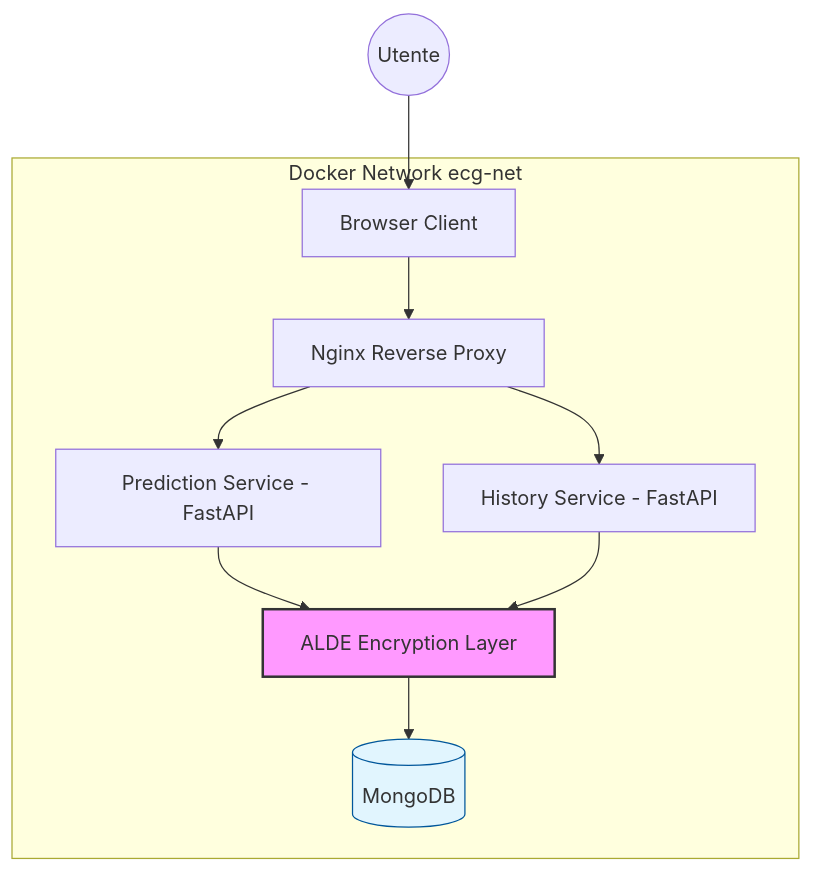
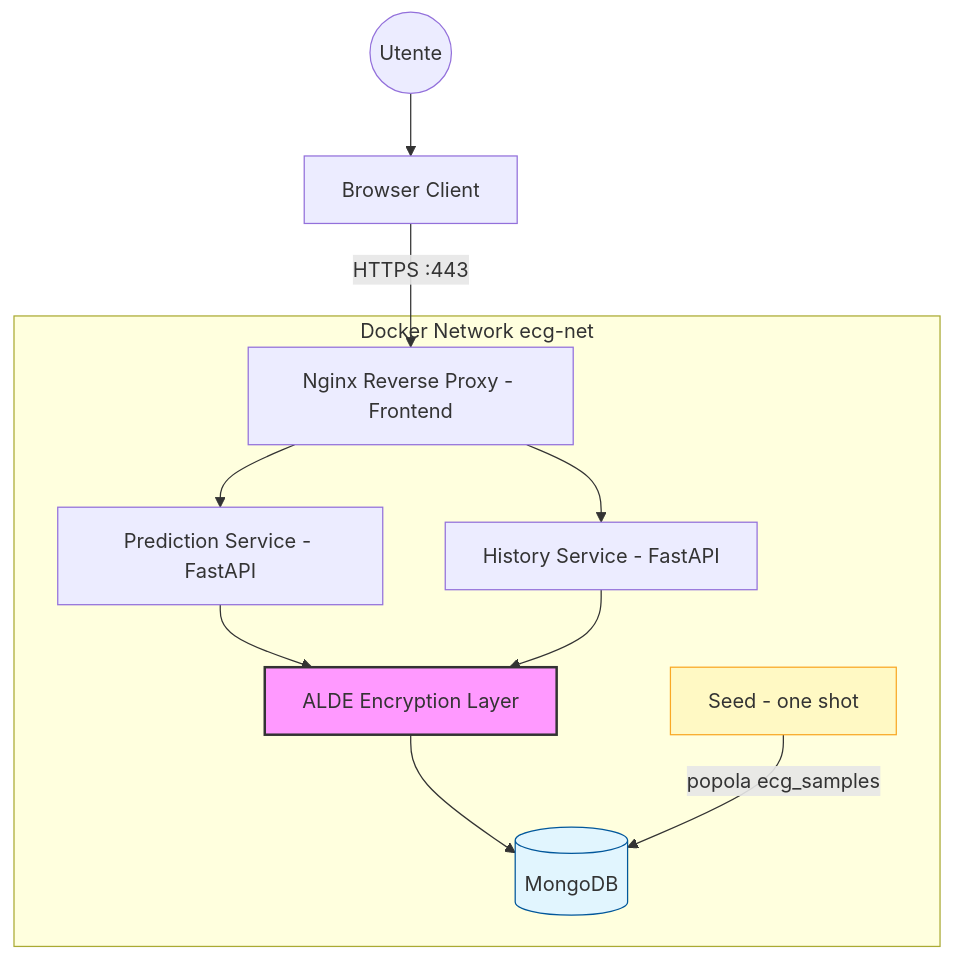
The diagram in README.md (SoniaSergio/EvSw_Project), drawn with Mermaid before and after one commit. The commit also changed other lines of this file and 7 other files, not shown here.

````diff
--- a/README.md
+++ b/README.md
@@ -81,18 +81,21 @@
 ```mermaid
 graph TD
     User((Utente)) --> Browser[Browser Client]
-    
+    Browser -->|HTTPS :443| Nginx
+
     subgraph "Docker Network ecg-net"
-        Browser --> Nginx[Nginx Reverse Proxy]
+        Nginx[Nginx Reverse Proxy - Frontend]
         Nginx --> Pred[Prediction Service - FastAPI]
         Nginx --> Hist[History Service - FastAPI]
         
-        Pred --> Security[ALDE Encryption Layer]
-        Security --> Mongo[(MongoDB)]
-        Hist --> Security
+        Pred --> ALDE[ALDE Encryption Layer]
+        Hist --> ALDE
+        ALDE --> Mongo[(MongoDB)]
+        
+        Seed[Seed - one shot]-->|popola ecg_samples| Mongo
     end
 
-    style Security fill:#f9f,stroke:#333,stroke-width:2px
+    style ALDE fill:#f9f,stroke:#333,stroke-width:2px
     style Mongo fill:#e1f5fe,stroke:#01579b
-  
-  ```
+    style Seed fill:#fff9c4,stroke:#f9a825
+```
````
